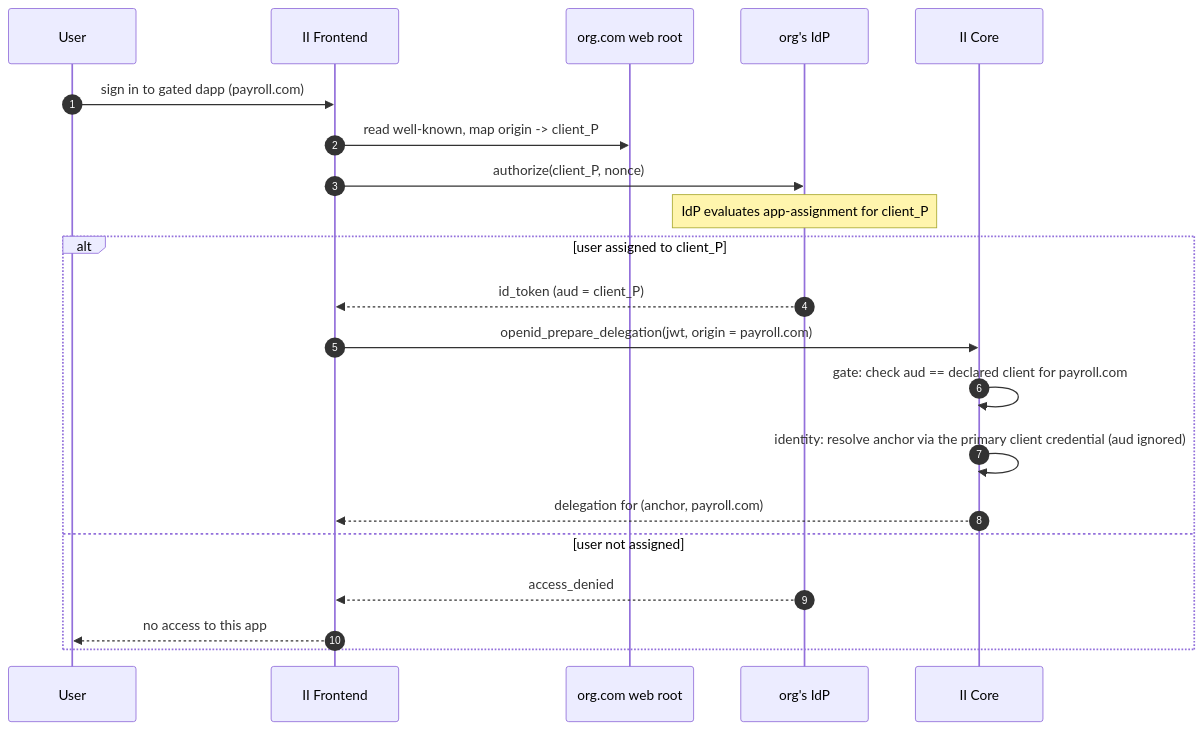
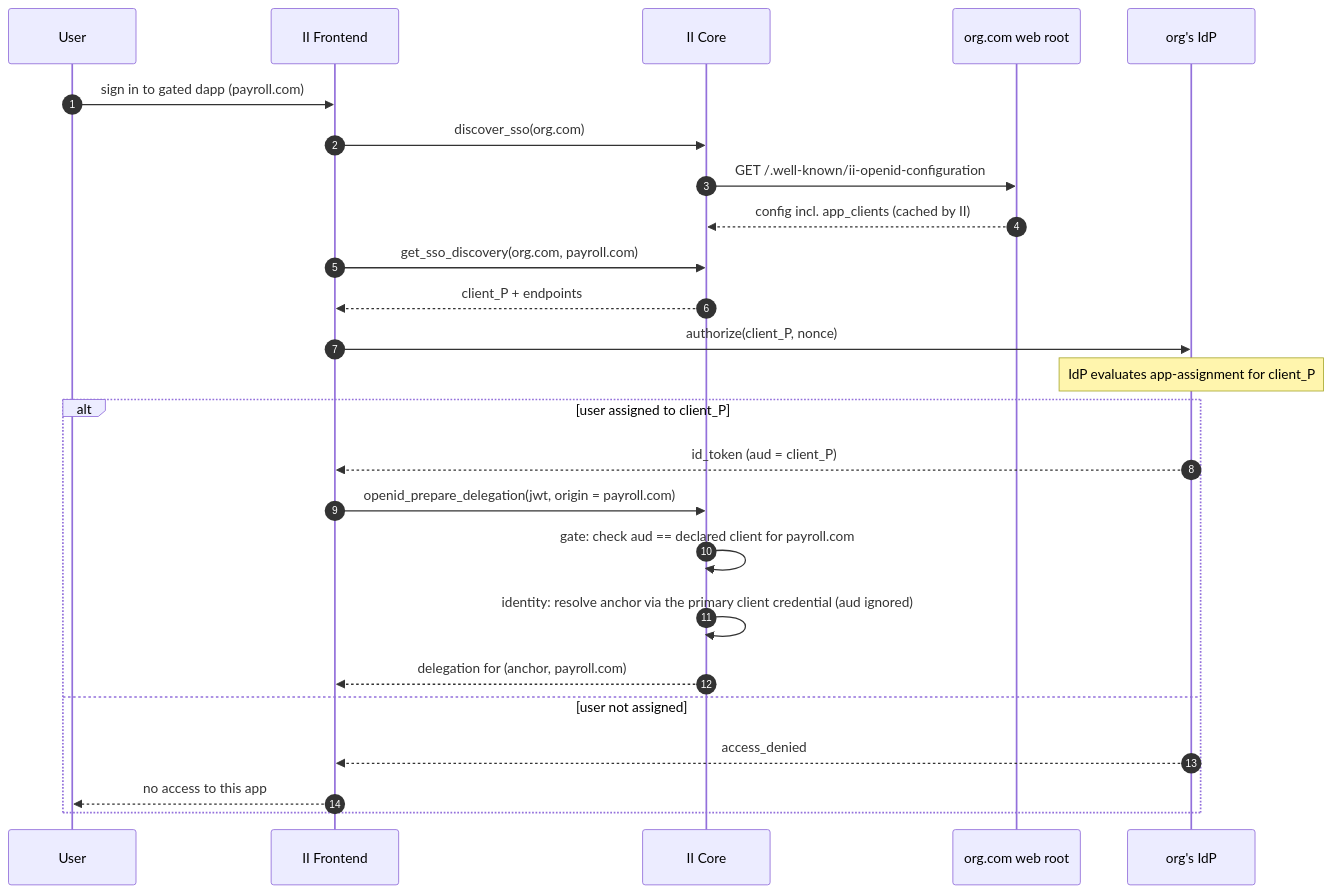
Before and after one commit to dfinity/internet-identity: the diagram in docs/ongoing/enterprise-sso-idp-side-gating.md, drawn with Mermaid. The commit also changed other lines of this file and 1 other file, not shown here.

First line of the commit message:
docs: correct discovery flow — II core owns the well-known, not the FE

````diff
--- a/docs/ongoing/enterprise-sso-idp-side-gating.md
+++ b/docs/ongoing/enterprise-sso-idp-side-gating.md
@@ -121,23 +121,27 @@
 ```mermaid
 sequenceDiagram
     autonumber
     participant U as User
     participant FE as II Frontend
+    participant II as II Core
     participant Web as org.com web root
     participant IdP as org's IdP
-    participant II as II Core
     U->>FE: sign in to gated dapp (payroll.com)
-    FE->>Web: read well-known, map origin -> client_P
+    FE->>II: discover_sso(org.com)
+    II->>Web: GET /.well-known/ii-openid-configuration
+    Web-->>II: config incl. app_clients (cached by II)
+    FE->>II: get_sso_discovery(org.com, payroll.com)
+    II-->>FE: client_P + endpoints
     FE->>IdP: authorize(client_P, nonce)
     Note over IdP: IdP evaluates app-assignment for client_P
     alt user assigned to client_P
         IdP-->>FE: id_token (aud = client_P)
         FE->>II: openid_prepare_delegation(jwt, origin = payroll.com)
         II->>II: gate: check aud == declared client for payroll.com
         II->>II: identity: resolve anchor via the primary client credential (aud ignored)
         II-->>FE: delegation for (anchor, payroll.com)
     else user not assigned
         IdP-->>FE: access_denied
         FE-->>U: no access to this app
     end
 ```
````
